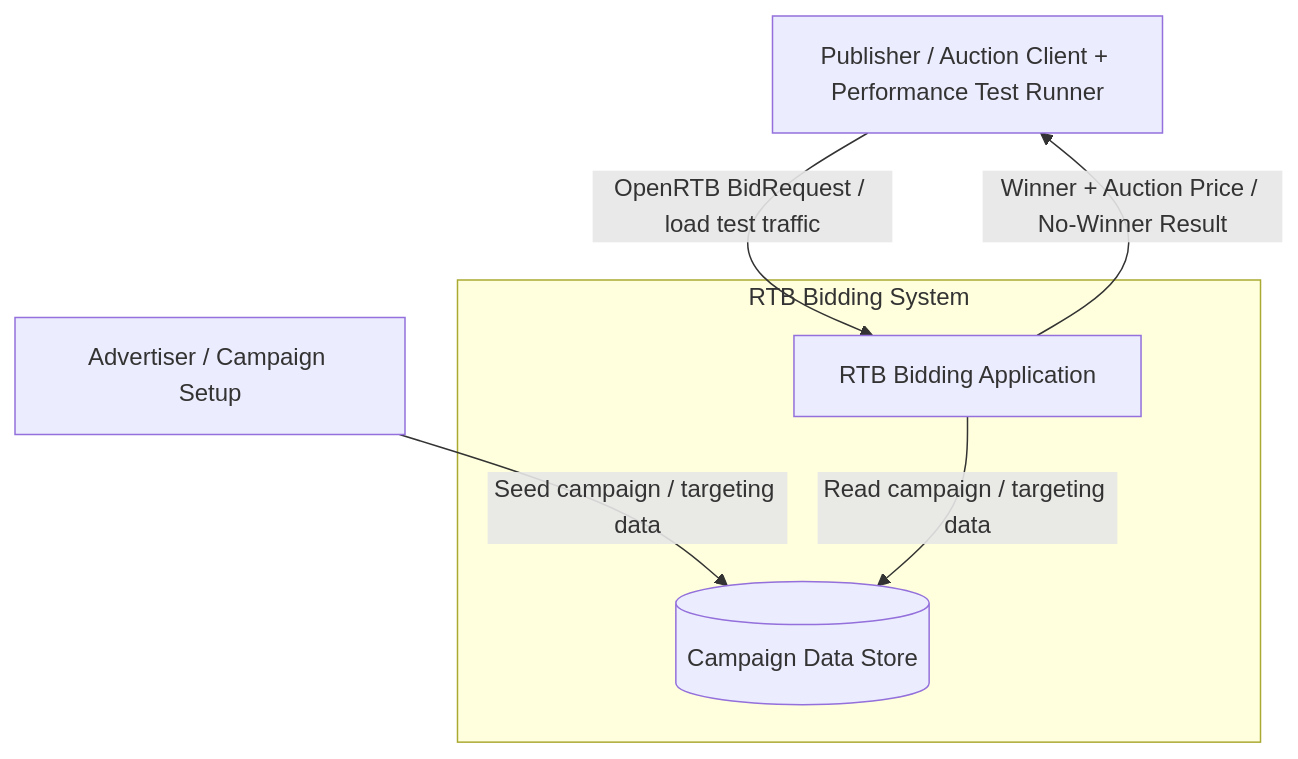
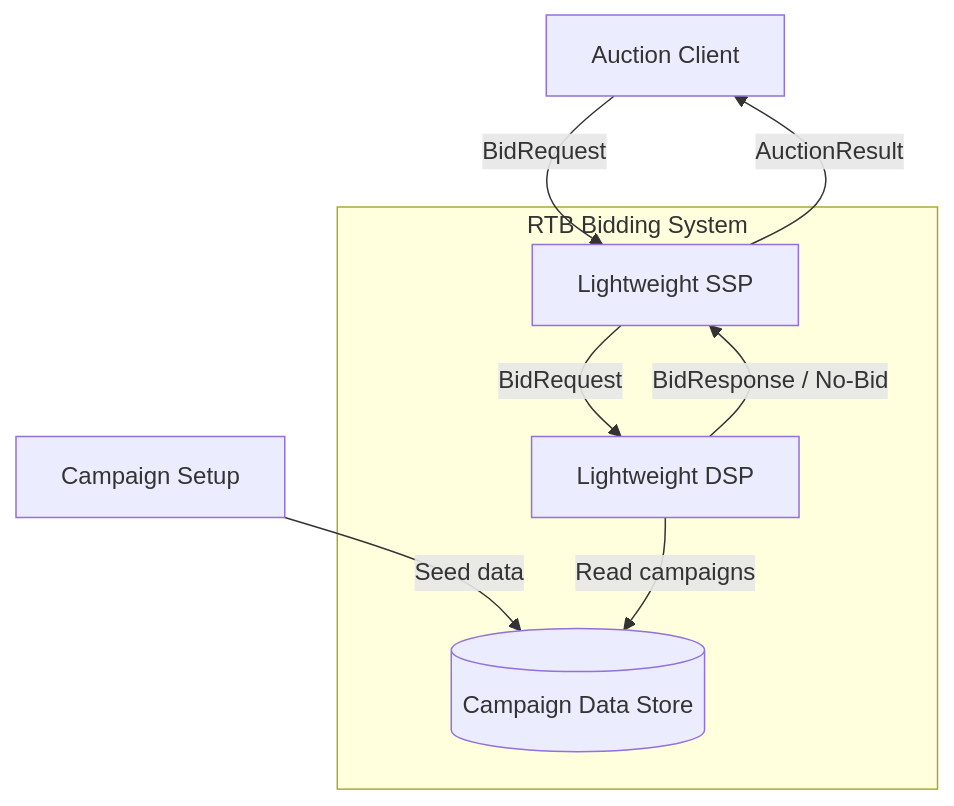
One commit to bbororo5/low-latency-openrtb-auction changed the second of 2 diagrams in docs/ARCHITECTURE.md. Above: the diagram before and after it, drawn with Mermaid. The commit also changed other lines of this file and 2 other files, not shown here.

Commit message:
docs: split C2 view into SSP and DSP containers

````diff
--- a/docs/ARCHITECTURE.md
+++ b/docs/ARCHITECTURE.md
@@ -170,16 +177,20 @@
 ```mermaid
 flowchart TB
-    tester["Publisher / Auction Client + Performance Test Runner"]
-    advertiser["Advertiser / Campaign Setup"]
+    client["Auction Client"]
+    advertiser["Campaign Setup"]
 
     subgraph boundary["RTB Bidding System"]
-        app["RTB Bidding Application"]
+        ssp["Lightweight SSP"]
+        dsp["Lightweight DSP"]
         store[("Campaign Data Store")]
     end
 
-    tester -->|"OpenRTB BidRequest / load test traffic"| app
-    app -->|"Winner + Auction Price / No-Winner Result"| tester
+    client -->|"BidRequest"| ssp
+    ssp -->|"AuctionResult"| client
 
-    advertiser -->|"Seed campaign / targeting data"| store
-    app -->|"Read campaign / targeting data"| store
+    ssp -->|"BidRequest"| dsp
+    dsp -->|"BidResponse / No-Bid"| ssp
+
+    advertiser -->|"Seed data"| store
+    dsp -->|"Read campaigns"| store
 ```
````
